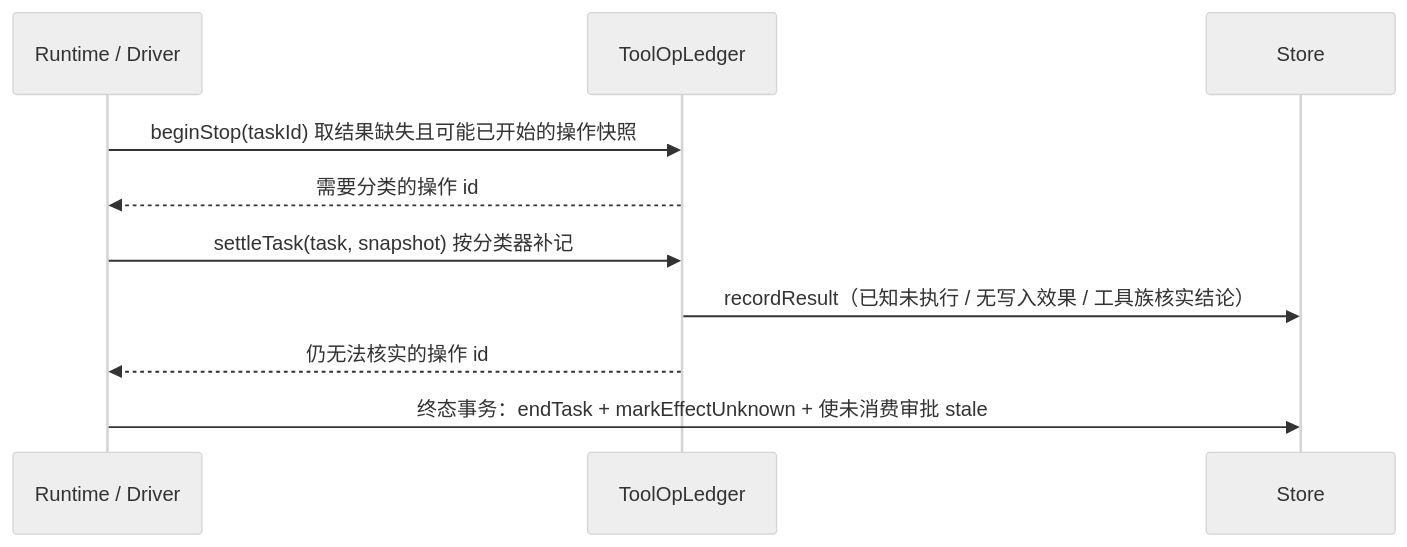
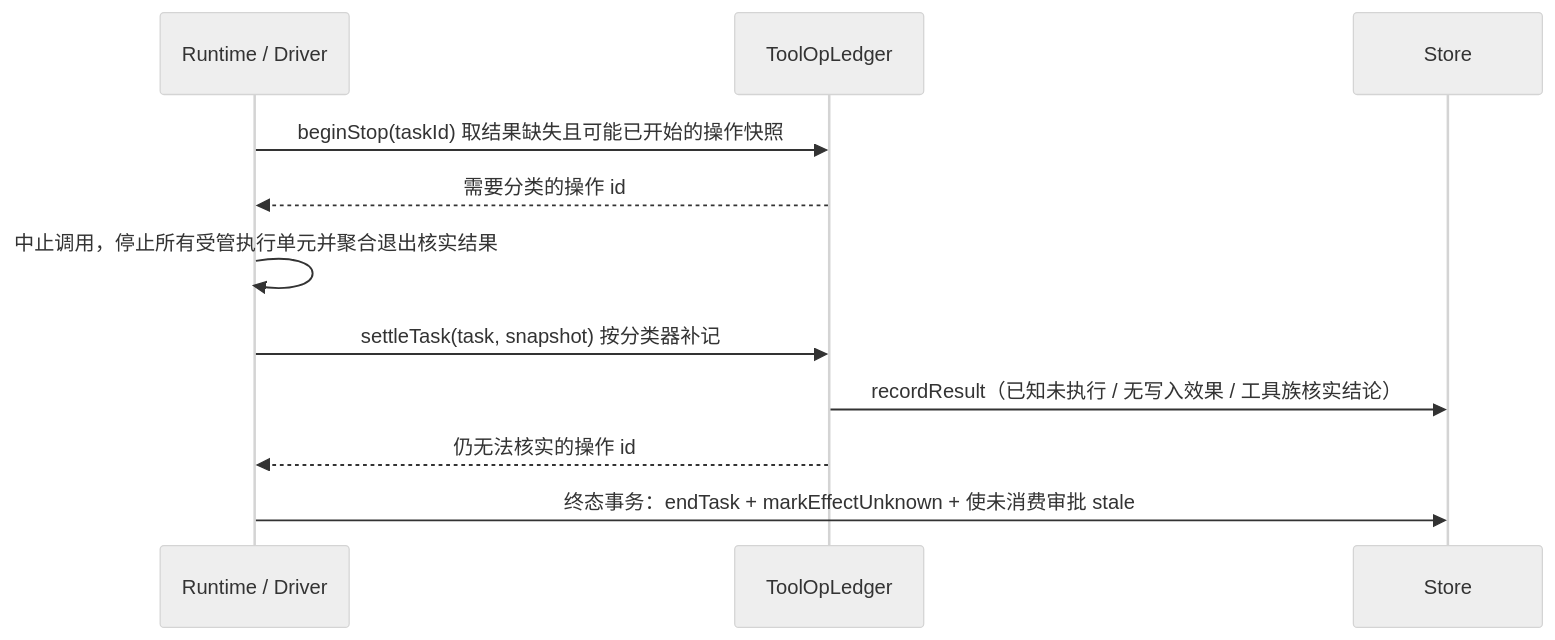
One commit to num-lab/Ruukoto changed the third of 3 diagrams in docs/modules/core.md. Above: the diagram before and after it, drawn with Mermaid (neutral theme). The commit also changed other lines of this file and 32 other files, not shown here.

````diff
--- a/docs/modules/core.md
+++ b/docs/modules/core.md
@@ -256,12 +256,13 @@
 ```mermaid
 sequenceDiagram
   participant Rt as Runtime / Driver
   participant L as ToolOpLedger
   participant S as Store
   Rt->>L: beginStop(taskId) 取结果缺失且可能已开始的操作快照
   L-->>Rt: 需要分类的操作 id
+  Rt->>Rt: 中止调用，停止所有受管执行单元并聚合退出核实结果
   Rt->>L: settleTask(task, snapshot) 按分类器补记
   L->>S: recordResult（已知未执行 / 无写入效果 / 工具族核实结论）
   L-->>Rt: 仍无法核实的操作 id
   Rt->>S: 终态事务：endTask + markEffectUnknown + 使未消费审批 stale
 ```
````
